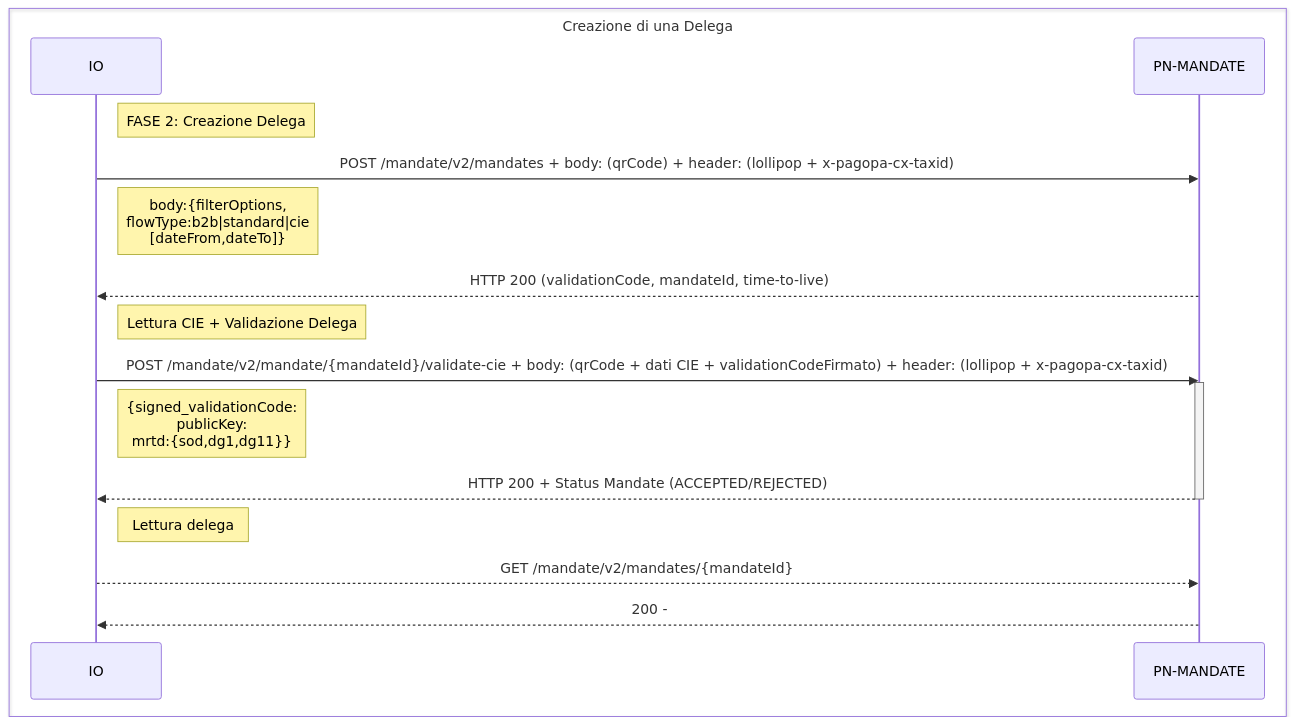
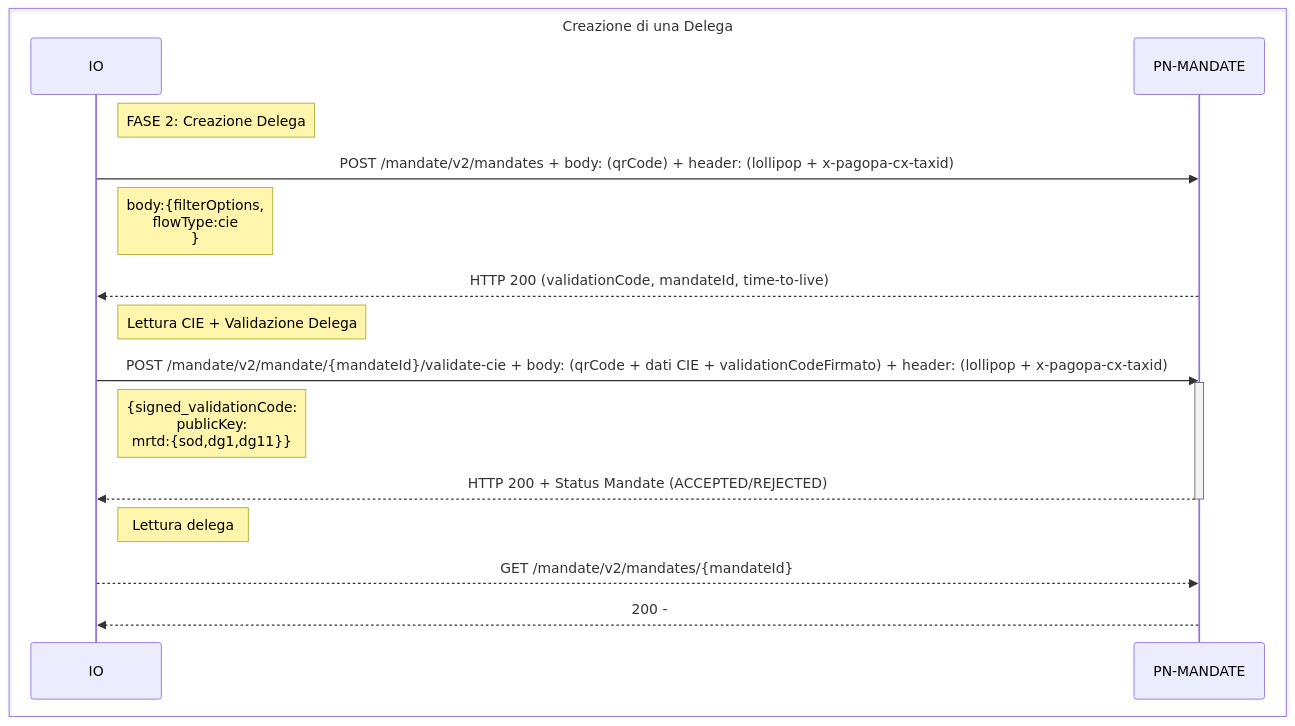
The diagram in send/ipg-lettura-io-aar/sd-mandate.md (pagopa/pn-lab-docs), drawn with Mermaid before and after one commit. The commit also changed other lines of this file and 1 other file, not shown here.

````diff
--- a/send/ipg-lettura-io-aar/sd-mandate.md
+++ b/send/ipg-lettura-io-aar/sd-mandate.md
@@ -30,25 +36,25 @@
 ```mermaid
 sequenceDiagram
 box Creazione di una Delega
    participant IO as IO
    participant mandate as PN-MANDATE
 end
 
 Note right of IO: FASE 2: Creazione Delega 
 IO ->> mandate : POST /mandate/v2/mandates +  body: (qrCode) + header: (lollipop + x-pagopa-cx-taxid)
-Note right of IO : body:{filterOptions, <br/> flowType:b2b|standard|cie <br/> [dateFrom,dateTo]}
+Note right of IO : body:{filterOptions, <br/> flowType:cie <br/> }
 mandate -->> IO : HTTP 200 (validationCode, mandateId, time-to-live)
 
 Note right of IO: Lettura CIE + Validazione Delega
 
 IO ->> mandate: POST /mandate/v2/mandate/{mandateId}/validate-cie  +  body: (qrCode + dati CIE + validationCodeFirmato) + header: (lollipop + x-pagopa-cx-taxid)
 activate mandate
 Note right of IO : {signed_validationCode: <br/> publicKey: <br/> mrtd:{sod,dg1,dg11}}
 mandate -->> IO: HTTP 200 + Status Mandate (ACCEPTED/REJECTED) 
 
 deactivate mandate
 
 Note right of IO : Lettura delega
 IO -->> mandate : GET /mandate/v2/mandates/{mandateId} 
 mandate -->> IO : 200 -
 ```
````
